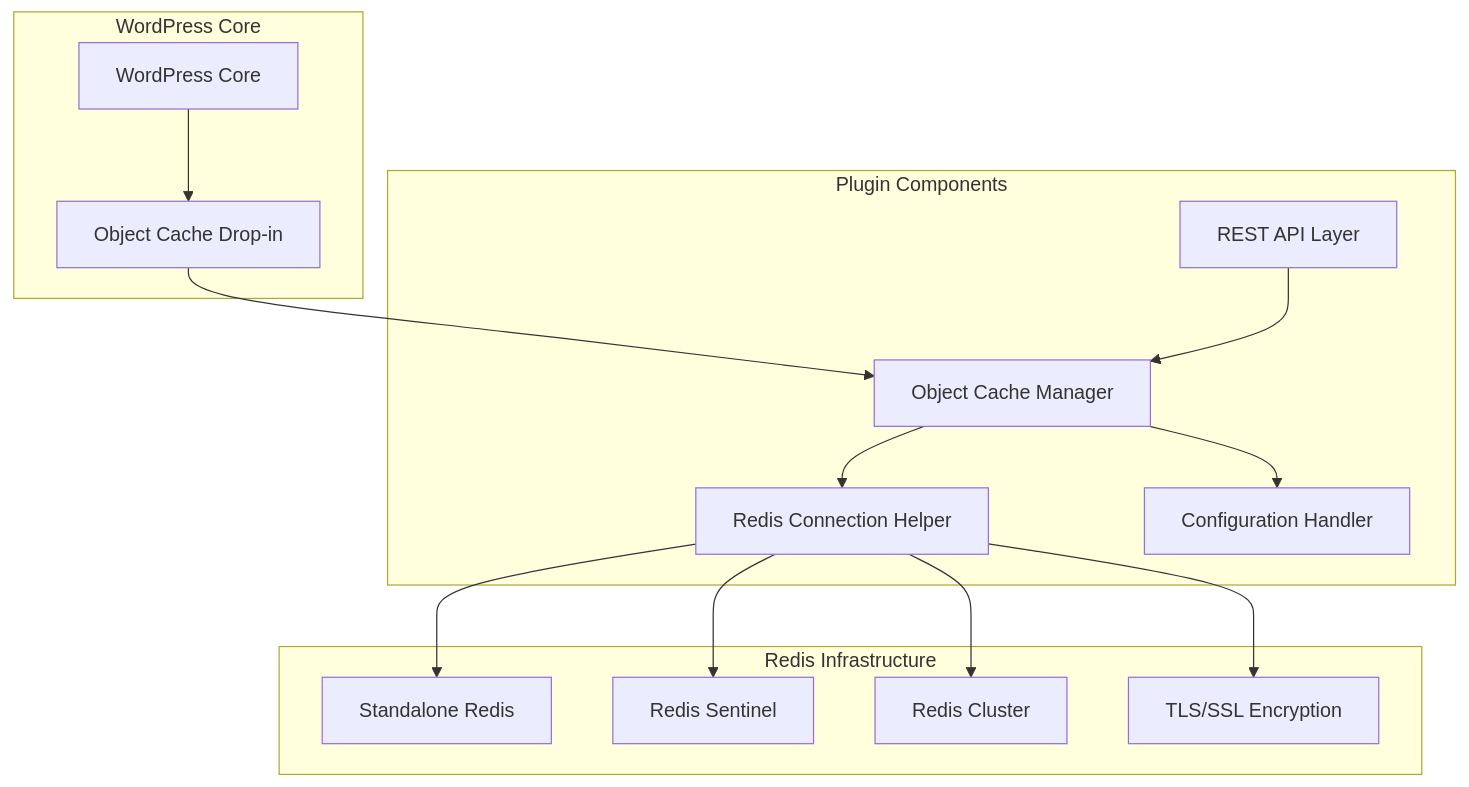
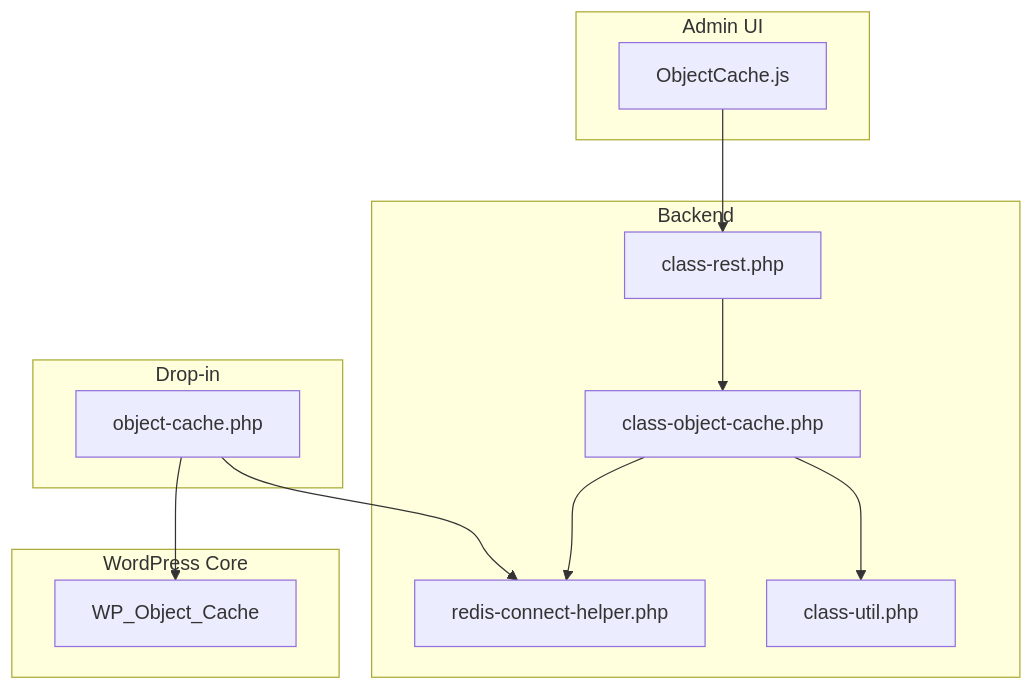
One commit to nilesh32236/performance-optimisation changed the first of 7 diagrams in .qoder/repowiki/en/content/Advanced Features/Object Cache Integration.md. Above: the diagram before and after it, drawn with Mermaid. The commit also changed other lines of this file and 46 other files, not shown here.

````diff
--- a/.qoder/repowiki/en/content/Advanced Features/Object Cache Integration.md
+++ b/.qoder/repowiki/en/content/Advanced Features/Object Cache Integration.md
@@ -34,28 +39,24 @@
 ```mermaid
 graph TB
+subgraph "Admin UI"
+UI[ObjectCache.js]
+end
+subgraph "Backend"
+REST[class-rest.php]
+OC[class-object-cache.php]
+RH[redis-connect-helper.php]
+UTIL[class-util.php]
+end
+subgraph "Drop-in"
+DC[object-cache.php]
+end
 subgraph "WordPress Core"
-WP[WordPress Core]
-DropIn[Object Cache Drop-in]
+WP[WP_Object_Cache]
 end
-subgraph "Plugin Components"
-Manager[Object Cache Manager]
-Helper[Redis Connection Helper]
-Config[Configuration Handler]
-REST[REST API Layer]
-end
-subgraph "Redis Infrastructure"
-Standalone[Standalone Redis]
-Sentinel[Redis Sentinel]
-Cluster[Redis Cluster]
-TLS[TLS/SSL Encryption]
-end
-WP --> DropIn
-DropIn --> Manager
-Manager --> Helper
-Manager --> Config
-REST --> Manager
-Helper --> Standalone
-Helper --> Sentinel
-Helper --> Cluster
-Helper --> TLS
+UI --> REST
+REST --> OC
+OC --> RH
+OC --> UTIL
+DC --> RH
+DC --> WP
 ```
````
